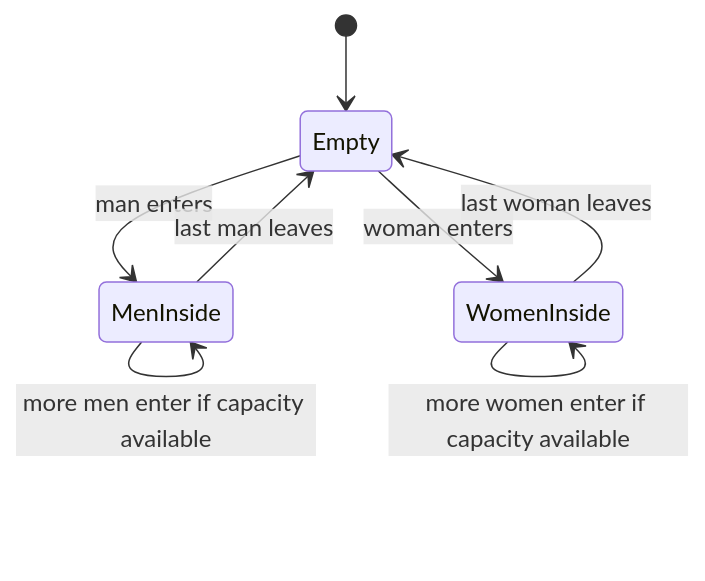
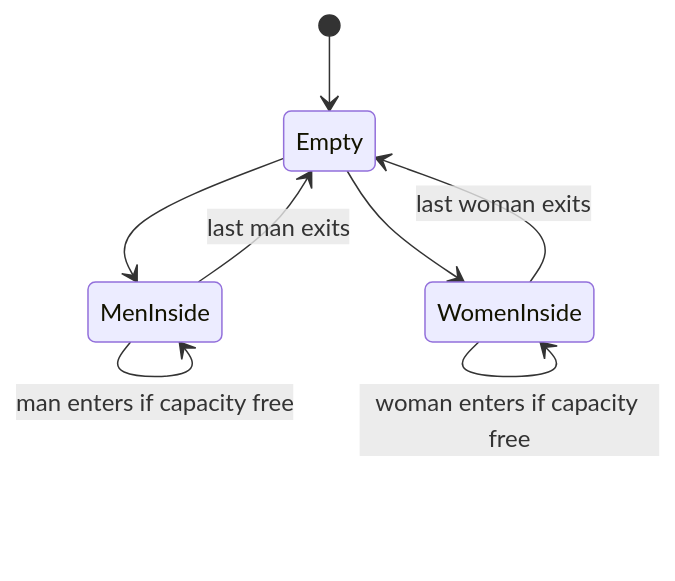
The seventh of 29 diagrams in HLD_NOTES/003_TECHNOLOGY_DEEP_DIVE/core-java/java_concurrency_visual_reference.md (mthaiseer/springcloud-systemdesign-notes), drawn with Mermaid before and after one commit. The commit also changed other lines of this file, not shown here.

````diff
--- a/HLD_NOTES/003_TECHNOLOGY_DEEP_DIVE/core-java/java_concurrency_visual_reference.md
+++ b/HLD_NOTES/003_TECHNOLOGY_DEEP_DIVE/core-java/java_concurrency_visual_reference.md
@@ -387,10 +373,10 @@
 ```mermaid
 stateDiagram-v2
     [*] --> Empty
-    Empty --> MenInside: man enters
-    Empty --> WomenInside: woman enters
-    MenInside --> MenInside: more men enter if capacity available
-    WomenInside --> WomenInside: more women enter if capacity available
-    MenInside --> Empty: last man leaves
-    WomenInside --> Empty: last woman leaves
+    Empty --> MenInside
+    Empty --> WomenInside
+    MenInside --> MenInside: man enters if capacity free
+    WomenInside --> WomenInside: woman enters if capacity free
+    MenInside --> Empty: last man exits
+    WomenInside --> Empty: last woman exits
 ```
````
